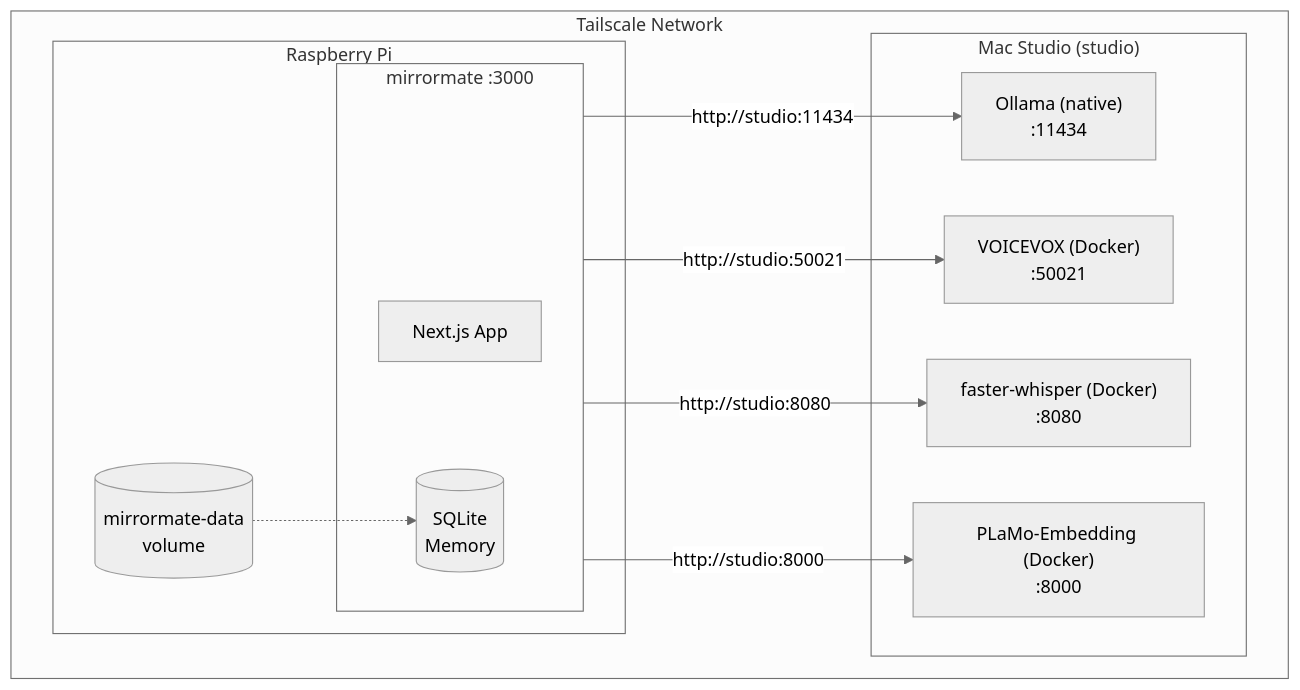
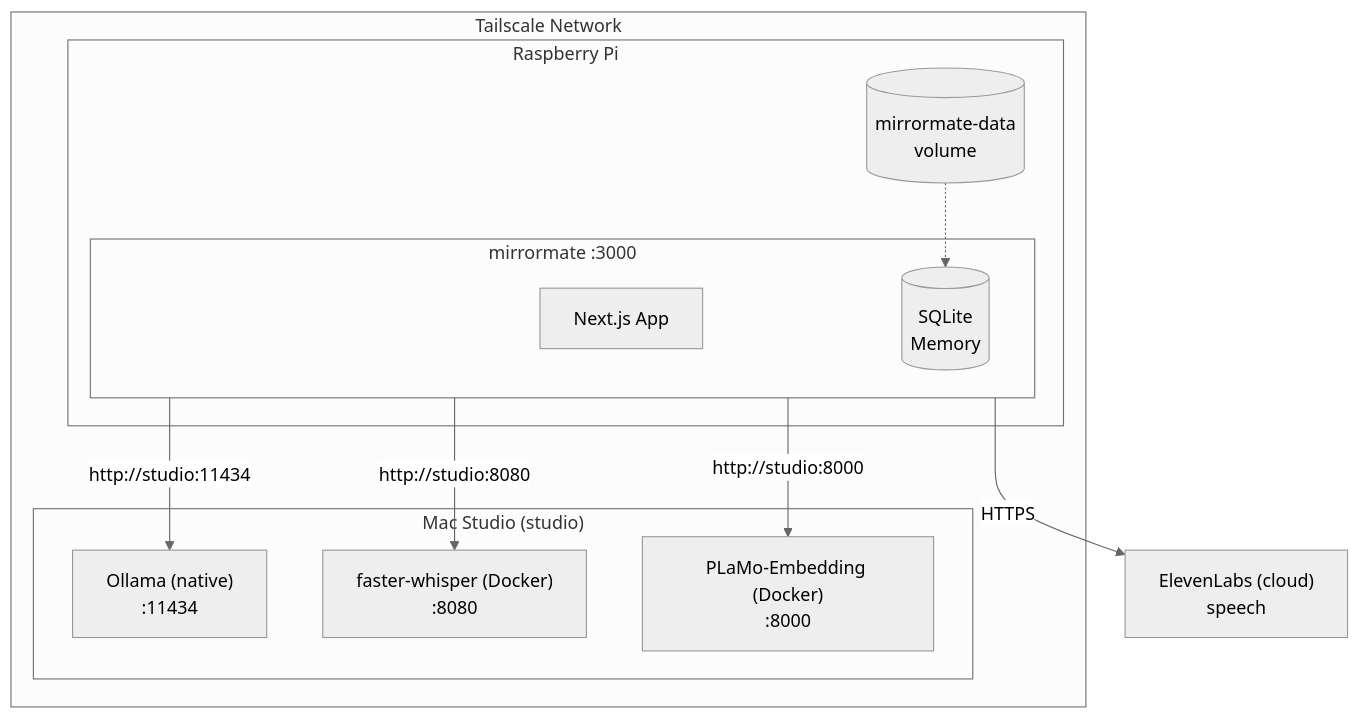
The diagram in docs/guide/docker.md (barrax63/mirrormate), drawn with Mermaid (neutral theme) before and after one commit. The commit also changed other lines of this file and 43 other files, not shown here.

First line of the commit message:
feat: remove VOICEVOX, and pick from the account's ElevenLabs voices (#16)

````diff
--- a/docs/guide/docker.md
+++ b/docs/guide/docker.md
@@ -9,24 +9,24 @@
 ```mermaid
 flowchart TB
     subgraph Tailscale["Tailscale Network"]
         subgraph Studio["Mac Studio (studio)"]
             Ollama["Ollama (native)<br/>:11434"]
-            VOICEVOX["VOICEVOX (Docker)<br/>:50021"]
             Whisper["faster-whisper (Docker)<br/>:8080"]
             PLaMo["PLaMo-Embedding (Docker)<br/>:8000"]
         end
 
         subgraph RPi["Raspberry Pi"]
             subgraph MM["mirrormate :3000"]
                 App["Next.js App"]
                 SQLite[(SQLite<br/>Memory)]
             end
             Volume[("mirrormate-data<br/>volume")] -.-> SQLite
         end
 
         MM -->|http://studio:11434| Ollama
-        MM -->|http://studio:50021| VOICEVOX
         MM -->|http://studio:8080| Whisper
         MM -->|http://studio:8000| PLaMo
     end
+
+    MM -->|HTTPS| ElevenLabs["ElevenLabs (cloud)<br/>speech"]
 ```
````
